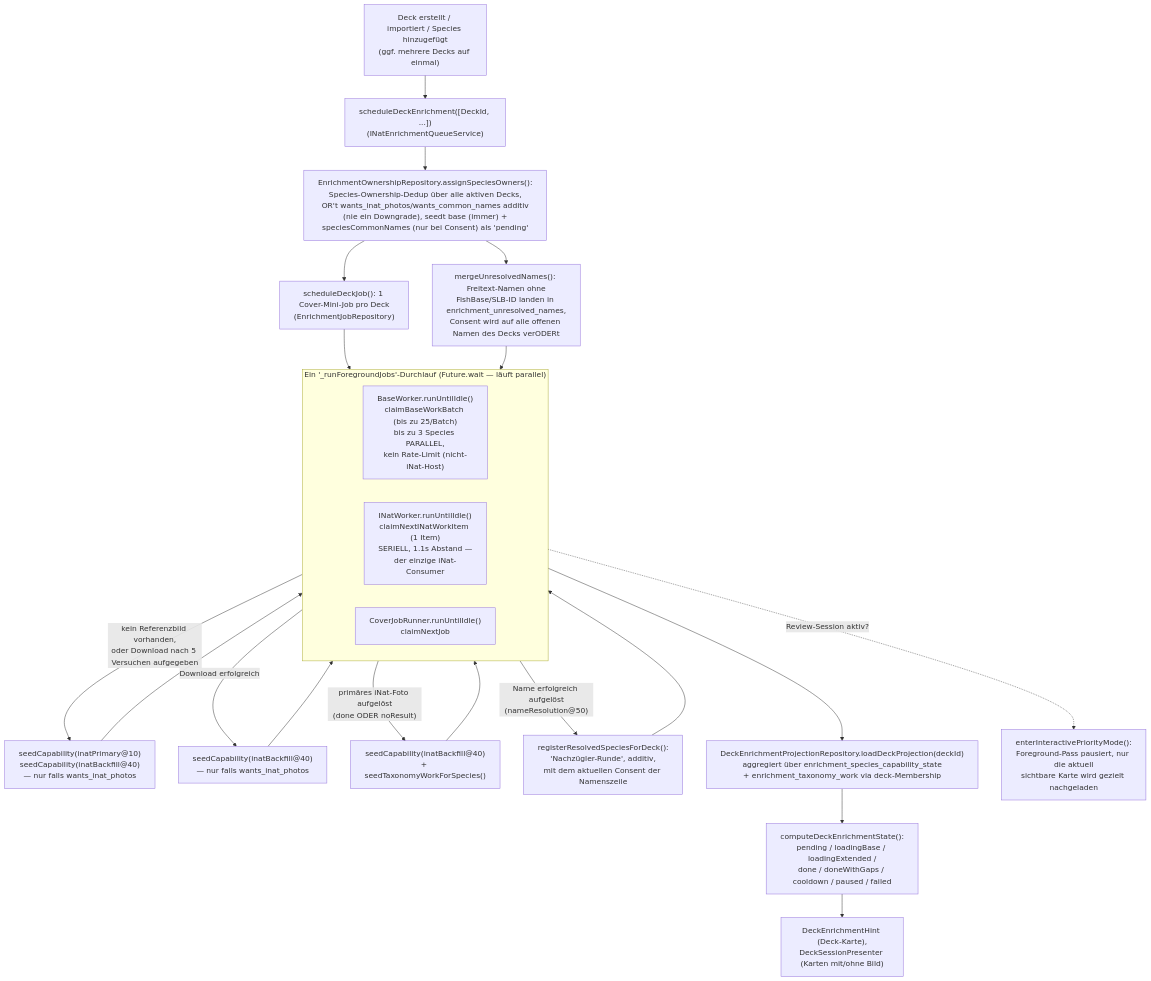
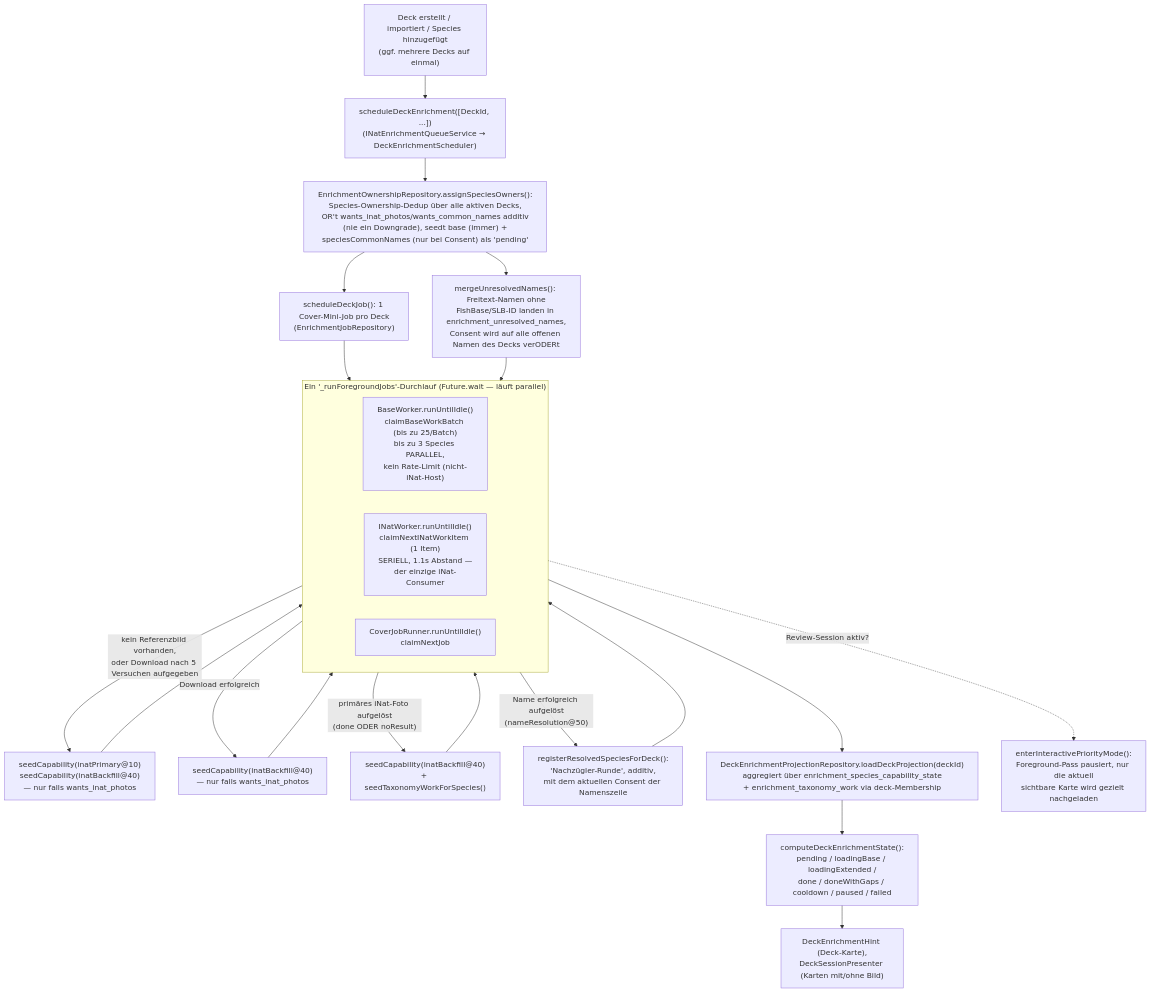
One commit to discere-app/discere changed the first of 2 diagrams in docs/enrichment.md. Above: the diagram before and after it, drawn with Mermaid. The commit also changed other lines of this file and 9 other files, not shown here.

````diff
--- a/docs/enrichment.md
+++ b/docs/enrichment.md
@@ -19,33 +19,33 @@
 ```mermaid
 flowchart TD
-    A["Deck erstellt / importiert / Species hinzugefügt<br/>(ggf. mehrere Decks auf einmal)"] --> B["scheduleDeckEnrichment([DeckId, ...])<br/>(INatEnrichmentQueueService)"]
+    A["Deck erstellt / importiert / Species hinzugefügt<br/>(ggf. mehrere Decks auf einmal)"] --> B["scheduleDeckEnrichment([DeckId, ...])<br/>(INatEnrichmentQueueService → DeckEnrichmentScheduler)"]
     B --> OWN["EnrichmentOwnershipRepository.assignSpeciesOwners():<br/>Species-Ownership-Dedup über alle aktiven Decks,<br/>OR't wants_inat_photos/wants_common_names additiv<br/>(nie ein Downgrade), seedt base (immer) +<br/>speciesCommonNames (nur bei Consent) als 'pending'"]
     OWN --> COVER["scheduleDeckJob(): 1 Cover-Mini-Job pro Deck<br/>(EnrichmentJobRepository)"]
     OWN --> UNRES["mergeUnresolvedNames(): Freitext-Namen ohne<br/>FishBase/SLB-ID landen in enrichment_unresolved_names,<br/>Consent wird auf alle offenen Namen des Decks verODERt"]
 
     subgraph PASS ["Ein '_runForegroundJobs'-Durchlauf (Future.wait — läuft parallel)"]
         direction LR
         BW["BaseWorker.runUntilIdle()<br/>claimBaseWorkBatch (bis zu 25/Batch)<br/>bis zu 3 Species PARALLEL,<br/>kein Rate-Limit (nicht-iNat-Host)"]
         IW["INatWorker.runUntilIdle()<br/>claimNextINatWorkItem (1 Item)<br/>SERIELL, 1.1s Abstand —<br/>der einzige iNat-Consumer"]
         CJ["CoverJobRunner.runUntilIdle()<br/>claimNextJob"]
     end
 
     COVER --> PASS
     UNRES --> PASS
 
     BW -->|"kein Referenzbild vorhanden,<br/>oder Download nach 5 Versuchen aufgegeben"| SEED1["seedCapability(inatPrimary@10)<br/>seedCapability(inatBackfill@40)<br/>— nur falls wants_inat_photos"]
     BW -->|"Download erfolgreich"| SEED2["seedCapability(inatBackfill@40)<br/>— nur falls wants_inat_photos"]
     SEED1 --> IW
     SEED2 --> IW
 
     IW -->|"primäres iNat-Foto aufgelöst<br/>(done ODER noResult)"| SEED3["seedCapability(inatBackfill@40)<br/>+ seedTaxonomyWorkForSpecies()"]
     IW -->|"Name erfolgreich aufgelöst<br/>(nameResolution@50)"| STRAG["registerResolvedSpeciesForDeck():<br/>'Nachzügler-Runde', additiv,<br/>mit dem aktuellen Consent der Namenszeile"]
     SEED3 --> IW
     STRAG --> IW
 
     PASS --> PROJ["DeckEnrichmentProjectionRepository.loadDeckProjection(deckId)<br/>aggregiert über enrichment_species_capability_state<br/>+ enrichment_taxonomy_work via deck-Membership"]
     PROJ --> STATE["computeDeckEnrichmentState():<br/>pending / loadingBase / loadingExtended /<br/>done / doneWithGaps / cooldown / paused / failed"]
     STATE --> UI["DeckEnrichmentHint (Deck-Karte),<br/>DeckSessionPresenter (Karten mit/ohne Bild)"]
 
     PASS -.->|"Review-Session aktiv?"| INT["enterInteractivePriorityMode():<br/>Foreground-Pass pausiert, nur die aktuell<br/>sichtbare Karte wird gezielt nachgeladen"]
 ```
````
